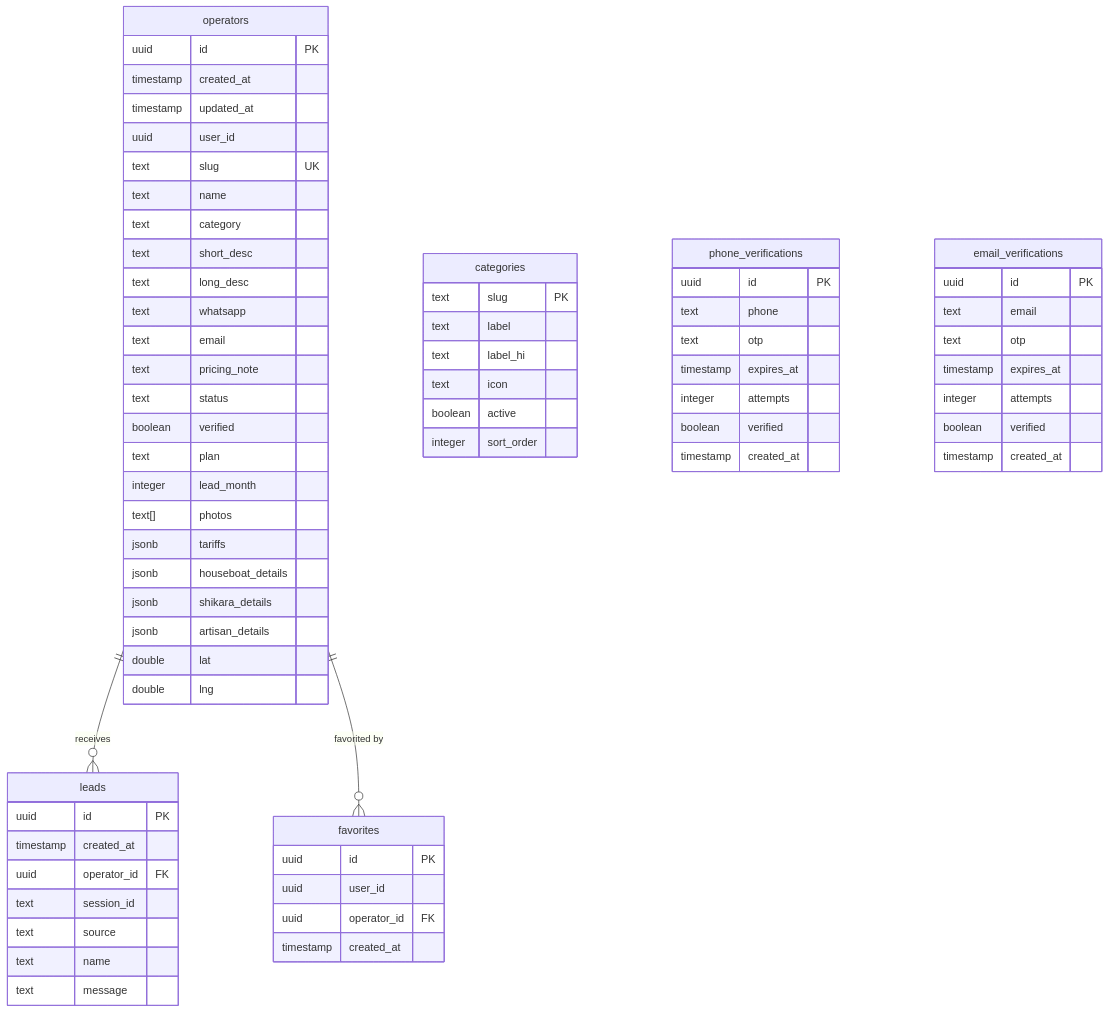
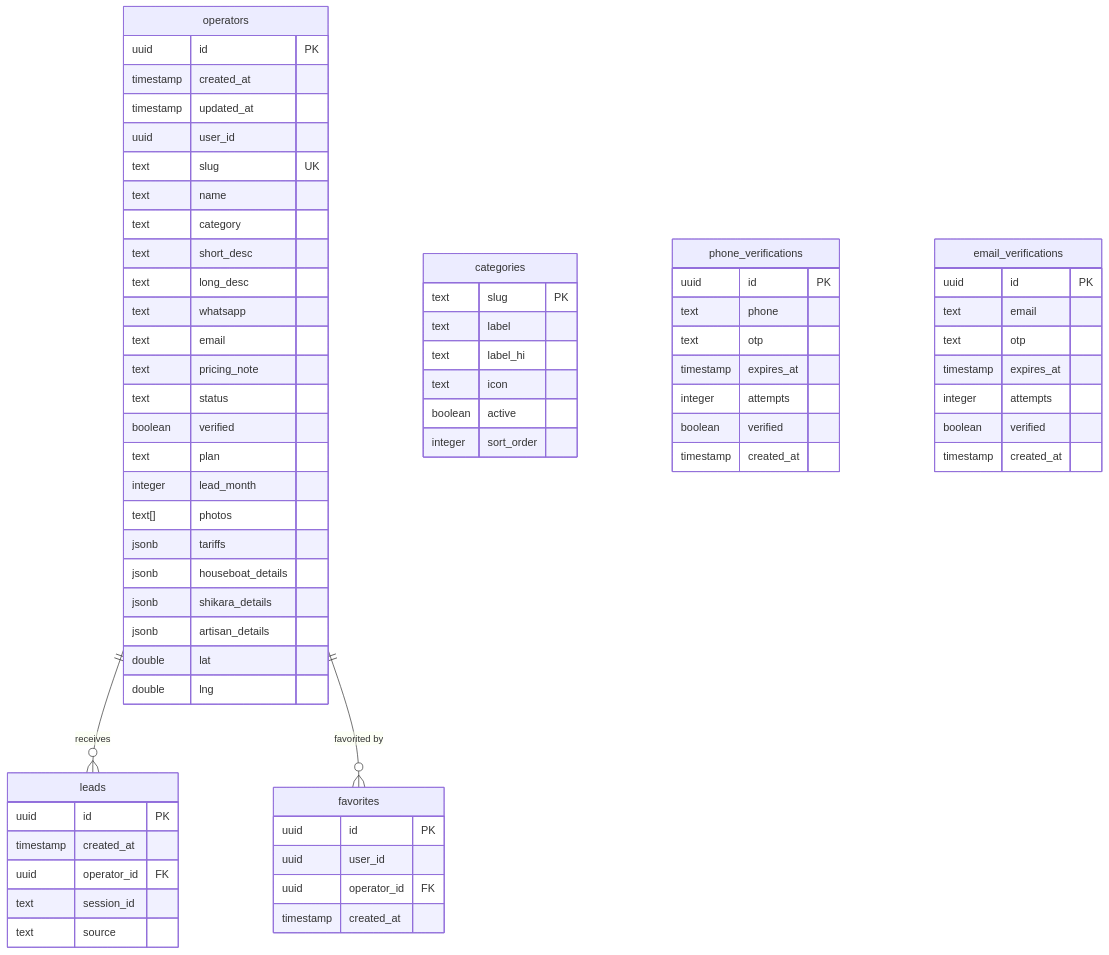
One commit to NadeemAhmad007/nadur changed the diagram in docs/DATABASE_SCHEMA.md. Above: the diagram before and after it, drawn with Mermaid. The commit also changed other lines of this file and 79 other files, not shown here.

````diff
--- a/docs/DATABASE_SCHEMA.md
+++ b/docs/DATABASE_SCHEMA.md
@@ -205,77 +202,75 @@
 ```mermaid
 erDiagram
     operators ||--o{ leads : "receives"
     operators ||--o{ favorites : "favorited by"
     
     operators {
         uuid id PK
         timestamp created_at
         timestamp updated_at
         uuid user_id
         text slug UK
         text name
         text category
         text short_desc
         text long_desc
         text whatsapp
         text email
         text pricing_note
         text status
         boolean verified
         text plan
         integer lead_month
         text[] photos
         jsonb tariffs
         jsonb houseboat_details
         jsonb shikara_details
         jsonb artisan_details
         double lat
         double lng
     }
     
     leads {
         uuid id PK
         timestamp created_at
         uuid operator_id FK
         text session_id
         text source
-        text name
-        text message
     }
     
     favorites {
         uuid id PK
         uuid user_id
         uuid operator_id FK
         timestamp created_at
     }
     
     categories {
         text slug PK
         text label
         text label_hi
         text icon
         boolean active
         integer sort_order
     }
     
     phone_verifications {
         uuid id PK
         text phone
         text otp
         timestamp expires_at
         integer attempts
         boolean verified
         timestamp created_at
     }
     
     email_verifications {
         uuid id PK
         text email
         text otp
         timestamp expires_at
         integer attempts
         boolean verified
         timestamp created_at
     }
 ```
````
